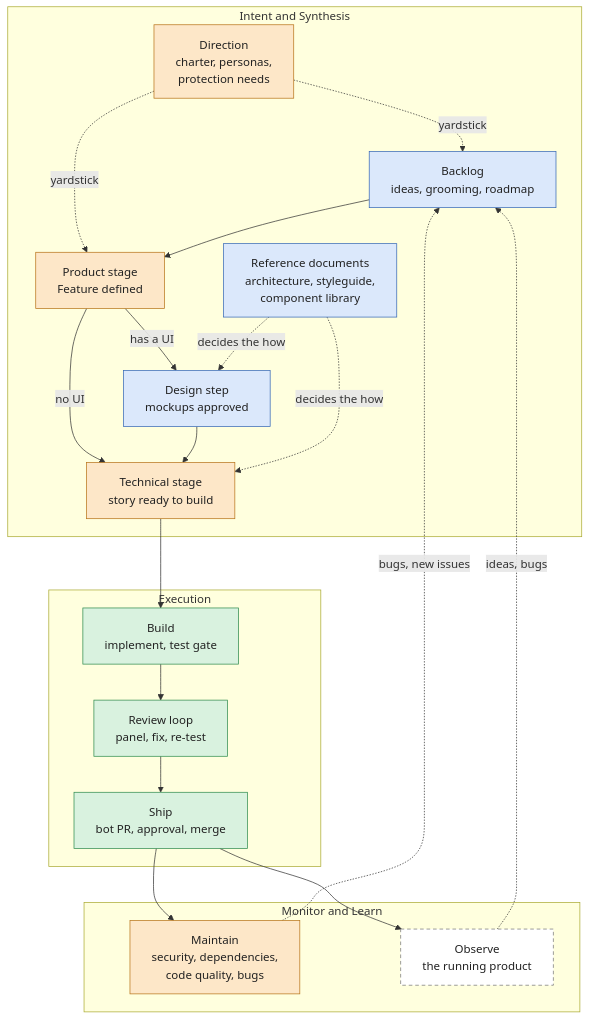
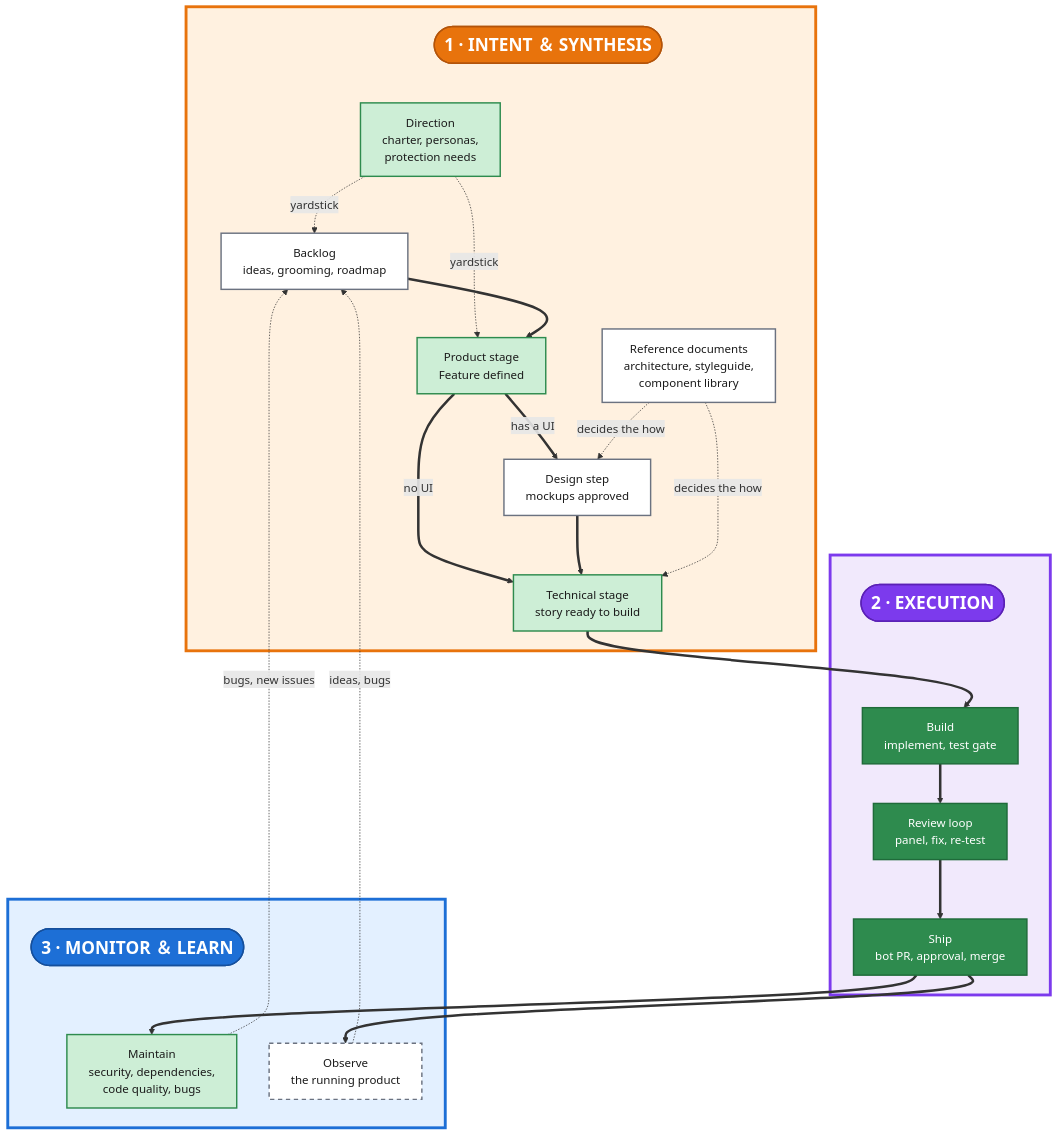
Before and after one commit to timo-jakob/timos-claude-code-plugins: the diagram in docs/explanation/diagrams/delivery-loop.mmd, drawn with Mermaid. The commit also changed 2 other files, not shown here.

Commit message:
docs(explanation): delivery loop diagram — a banner and a colour per phase
Each of the three phases gets its own coloured frame and a bold banner, and
the diagram reads clockwise as a loop. A step's fill now says only how much
of it exists, on one green scale.

```diff
--- a/docs/explanation/diagrams/delivery-loop.mmd
+++ b/docs/explanation/diagrams/delivery-loop.mmd
@@ -1,39 +1,55 @@
+%%{init: {"flowchart": {"wrappingWidth": 700, "nodeSpacing": 45, "rankSpacing": 55}, "themeCSS": ".phaseIntent text, .phaseIntent tspan, .phaseExec text, .phaseExec tspan, .phaseLearn text, .phaseLearn tspan { font-weight: 700; letter-spacing: 1px; } .edgeLabel text, .edgeLabel tspan { font-size: 13px; }"}}%%
 flowchart TD
-    classDef shipped fill:#d9f2df,stroke:#2e8b4e,color:#222
-    classDef partly fill:#fde7c8,stroke:#b8741a,color:#222
-    classDef planned fill:#dbe8fb,stroke:#3567b5,color:#222
-    classDef open fill:#ffffff,stroke:#777,color:#222,stroke-dasharray:5 4
+    classDef shipped fill:#2e8b4e,stroke:#1f6b3a,stroke-width:2px,color:#ffffff
+    classDef partly fill:#cdeed6,stroke:#2e8b4e,stroke-width:2px,color:#1b1b1b
+    classDef planned fill:#ffffff,stroke:#6b7280,stroke-width:2px,color:#1b1b1b
+    classDef open fill:#ffffff,stroke:#6b7280,stroke-width:2px,color:#1b1b1b,stroke-dasharray:6 5
+    classDef phaseIntent fill:#e8730c,stroke:#b3540a,stroke-width:2px,color:#ffffff,font-size:24px,font-weight:bold
+    classDef phaseExec fill:#7c3aed,stroke:#5b21b6,stroke-width:2px,color:#ffffff,font-size:24px,font-weight:bold
+    classDef phaseLearn fill:#1d6fd6,stroke:#154f9c,stroke-width:2px,color:#ffffff,font-size:24px,font-weight:bold
 
-    subgraph INTENT["Intent and Synthesis"]
+    subgraph INTENT[" "]
+        P1(["1 · INTENT ＆ SYNTHESIS"]):::phaseIntent
         DIR["Direction<br/>charter, personas,<br/>protection needs"]:::partly
-        REFDOC["Reference documents<br/>architecture, styleguide,<br/>component library"]:::planned
         BACKLOG["Backlog<br/>ideas, grooming, roadmap"]:::planned
         DEFINE["Product stage<br/>Feature defined"]:::partly
         DESIGN["Design step<br/>mockups approved"]:::planned
+        REFDOC["Reference documents<br/>architecture, styleguide,<br/>component library"]:::planned
         READY["Technical stage<br/>story ready to build"]:::partly
     end
 
-    subgraph EXEC["Execution"]
+    subgraph EXEC[" "]
+        P2(["2 · EXECUTION"]):::phaseExec
         BUILD["Build<br/>implement, test gate"]:::shipped
         REVIEW["Review loop<br/>panel, fix, re-test"]:::shipped
         SHIP["Ship<br/>bot PR, approval, merge"]:::shipped
     end
 
-    subgraph LEARN["Monitor and Learn"]
+    subgraph LEARN[" "]
+        P3(["3 · MONITOR ＆ LEARN"]):::phaseLearn
         MAINT["Maintain<br/>security, dependencies,<br/>code quality, bugs"]:::partly
         OBSERVE["Observe<br/>the running product"]:::open
     end
 
+    P1 ~~~ DIR
+    P1 ~~~ REFDOC
+    P2 ~~~ BUILD
+    P3 ~~~ MAINT
+    P3 ~~~ OBSERVE
     DIR -. yardstick .-> BACKLOG
     DIR -. yardstick .-> DEFINE
-    BACKLOG --> DEFINE
-    DEFINE -- "has a UI" --> DESIGN
-    DEFINE -- "no UI" --> READY
-    DESIGN --> READY
+    BACKLOG ==> DEFINE
+    DEFINE == "has a UI" ==> DESIGN
+    DEFINE == "no UI" ==> READY
+    DESIGN ==> READY
     REFDOC -. "decides the how" .-> DESIGN
     REFDOC -. "decides the how" .-> READY
-    READY --> BUILD --> REVIEW --> SHIP
-    SHIP --> MAINT
-    SHIP --> OBSERVE
+    READY ==> BUILD ==> REVIEW ==> SHIP
+    SHIP ==> MAINT
+    SHIP ==> OBSERVE
     MAINT -. "bugs, new issues" .-> BACKLOG
     OBSERVE -. "ideas, bugs" .-> BACKLOG
+
+    style INTENT fill:#fff1e0,stroke:#e8730c,stroke-width:4px,color:#b3540a
+    style EXEC fill:#f1e9fc,stroke:#7c3aed,stroke-width:4px,color:#5b21b6
+    style LEARN fill:#e3f0ff,stroke:#1d6fd6,stroke-width:4px,color:#154f9c
```
